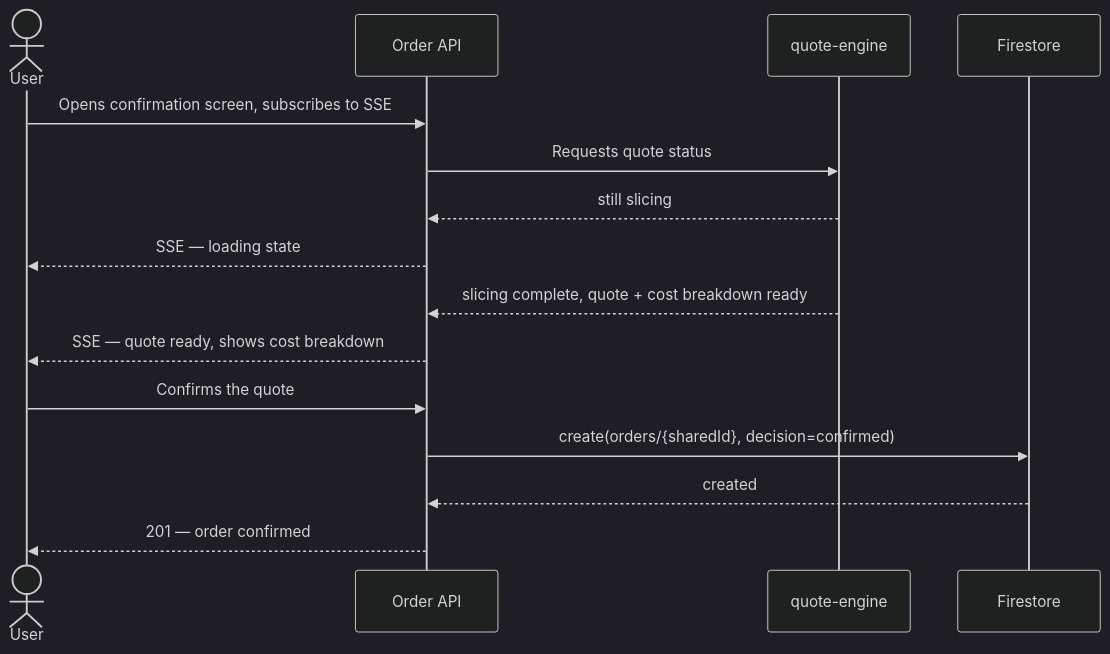
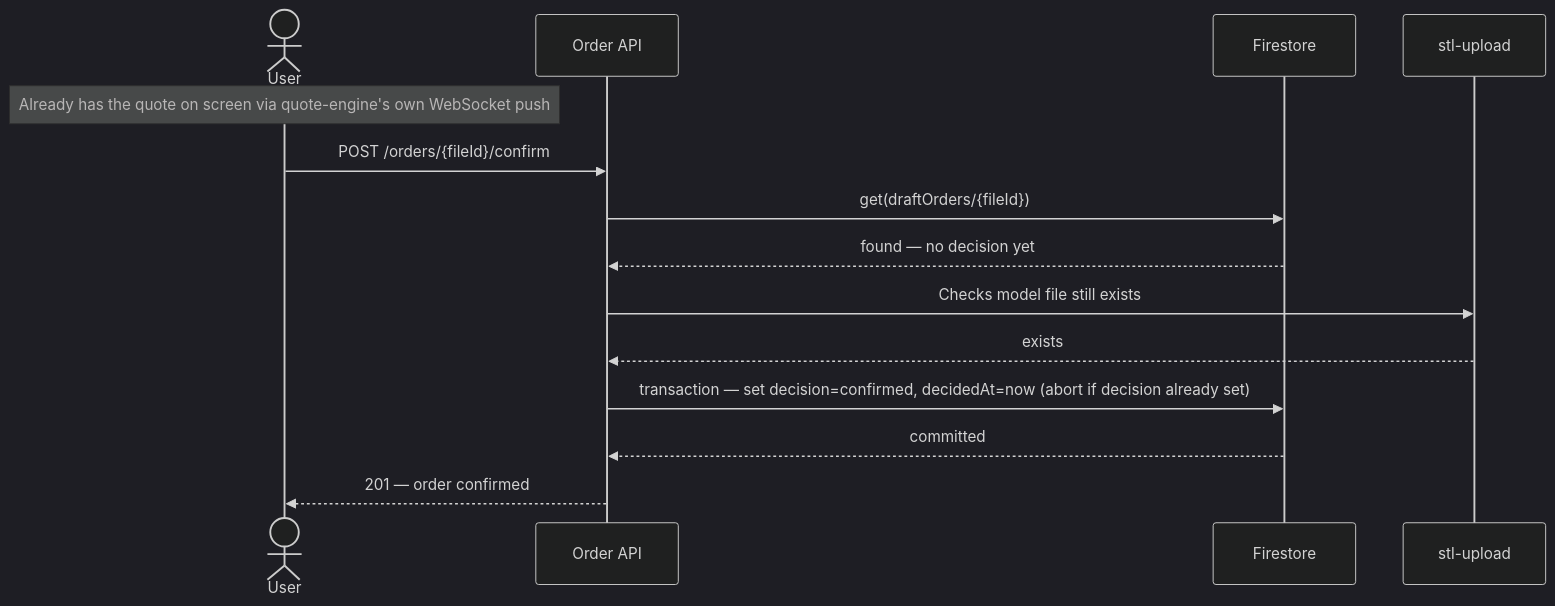
The third of 8 diagrams in docs/features/order-confirmation/sad.md (yahacom/print-marketplace), drawn with Mermaid (dark theme) before and after one commit. The commit also changed other lines of this file and 7 other files, not shown here.

````diff
--- a/docs/features/order-confirmation/sad.md
+++ b/docs/features/order-confirmation/sad.md
@@ -140,17 +155,16 @@
 ```mermaid
 sequenceDiagram
     actor User
     participant API as Order API
-    participant QE as quote-engine
     participant FS as Firestore
-    User->>API: Opens confirmation screen, subscribes to SSE
-    API->>QE: Requests quote status
-    QE-->>API: still slicing
-    API-->>User: SSE — loading state
-    QE-->>API: slicing complete, quote + cost breakdown ready
-    API-->>User: SSE — quote ready, shows cost breakdown
-    User->>API: Confirms the quote
-    API->>FS: create(orders/{sharedId}, decision=confirmed)
-    FS-->>API: created
+    participant SU as stl-upload
+    Note over User: Already has the quote on screen via quote-engine's own WebSocket push
+    User->>API: POST /orders/{fileId}/confirm
+    API->>FS: get(draftOrders/{fileId})
+    FS-->>API: found — no decision yet
+    API->>SU: Checks model file still exists
+    SU-->>API: exists
+    API->>FS: transaction — set decision=confirmed, decidedAt=now (abort if decision already set)
+    FS-->>API: committed
     API-->>User: 201 — order confirmed
 ```
````
